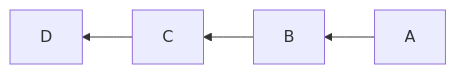
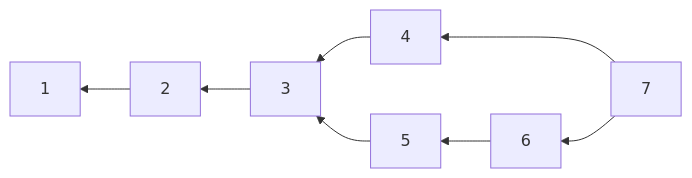
The sixth of 6 diagrams in README.md (ualjjcanada/ejemplosMermade), drawn with Mermaid before and after one commit.

````diff
--- a/README.md
+++ b/README.md
@@ -67,6 +67,11 @@
 ```mermaid
     flowchart RL;
-    A-->B;
-    B-->C;
-    C-->D;
+    2-->1;
+    3-->2;
+    4-->3;
+    5-->3;
+    6-->5;
+    7-->6;
+    7-->4;
+    
 ```
````
